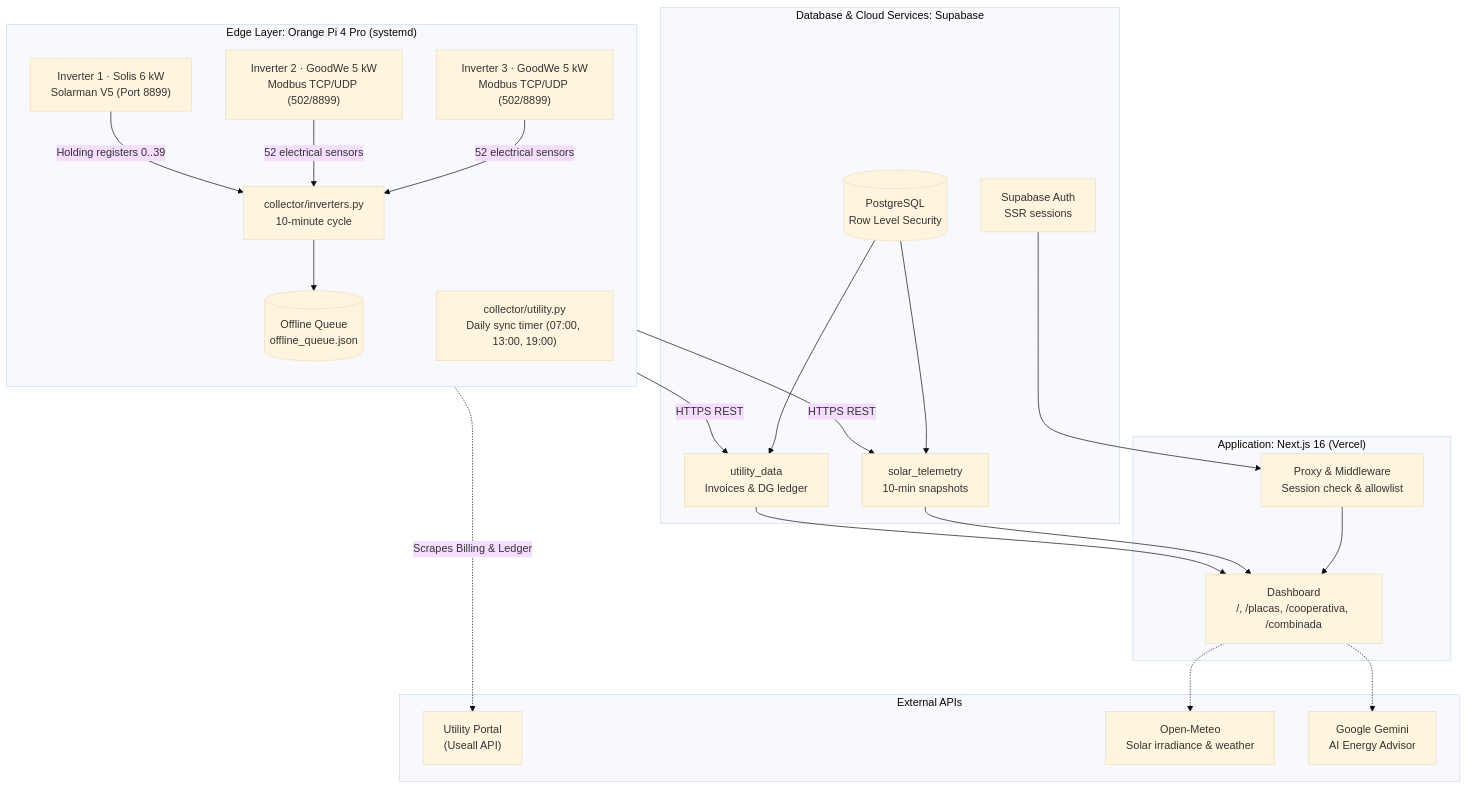
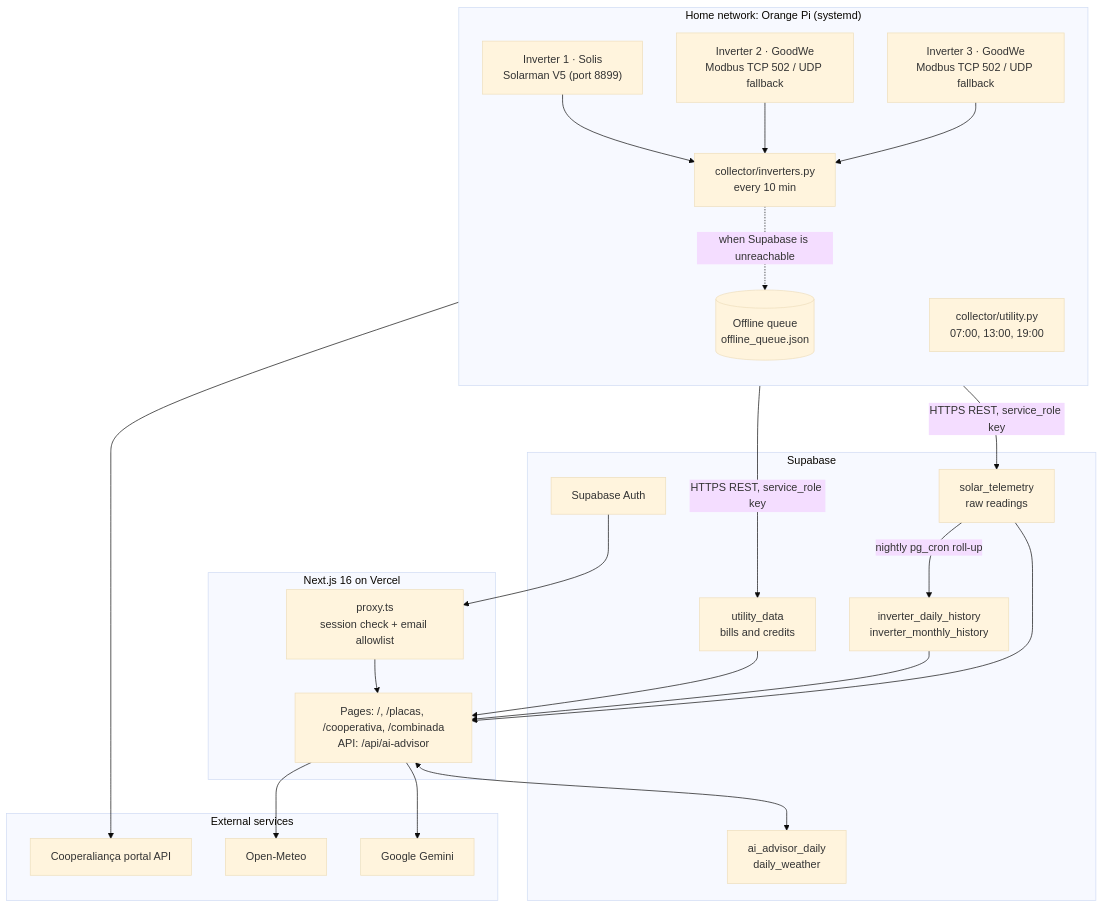
Before and after one commit to DiegoHahn/Solar-hub: the diagram in README.md, drawn with Mermaid (base theme). The commit also changed other lines of this file and 2 other files, not shown here.

````diff
--- a/README.md
+++ b/README.md
@@ -60,50 +56,50 @@
 ```mermaid
 flowchart TB
-    subgraph Edge["Edge Layer: Orange Pi 4 Pro (systemd)"]
+    subgraph Edge["Home network: Orange Pi (systemd)"]
         direction TB
-        INV1["Inverter 1 · Solis 6 kW\nSolarman V5 (Port 8899)"]
-        INV2["Inverter 2 · GoodWe 5 kW\nModbus TCP/UDP (502/8899)"]
-        INV3["Inverter 3 · GoodWe 5 kW\nModbus TCP/UDP (502/8899)"]
+        INV1["Inverter 1 · Solis<br/>Solarman V5 (port 8899)"]
+        INV2["Inverter 2 · GoodWe<br/>Modbus TCP 502 / UDP fallback"]
+        INV3["Inverter 3 · GoodWe<br/>Modbus TCP 502 / UDP fallback"]
 
-        COLLECTOR["collector/inverters.py\n10-minute cycle"]
-        UTILITY["collector/utility.py\nDaily sync timer (07:00, 13:00, 19:00)"]
-        RETRY_QUEUE[("Offline Queue\noffline_queue.json")]
+        COLLECTOR["collector/inverters.py<br/>every 10 min"]
+        UTILITY["collector/utility.py<br/>07:00, 13:00, 19:00"]
+        QUEUE[("Offline queue<br/>offline_queue.json")]
 
-        INV1 -->|Holding registers 0..39| COLLECTOR
-        INV2 -->|52 electrical sensors| COLLECTOR
-        INV3 -->|52 electrical sensors| COLLECTOR
-
-        COLLECTOR --> RETRY_QUEUE
+        INV1 --> COLLECTOR
+        INV2 --> COLLECTOR
+        INV3 --> COLLECTOR
+        COLLECTOR -. "when Supabase is unreachable" .-> QUEUE
     end
 
-    subgraph Cloud["Database & Cloud Services: Supabase"]
-        POSTGRES[("PostgreSQL\nRow Level Security")]
-        TABLE_TEL["solar_telemetry\n10-min snapshots"]
-        TABLE_UTL["utility_data\nInvoices & DG ledger"]
-        AUTH["Supabase Auth\nSSR sessions"]
-
-        POSTGRES --> TABLE_TEL
-        POSTGRES --> TABLE_UTL
+    subgraph Cloud["Supabase"]
+        TABLE_TEL["solar_telemetry<br/>raw readings"]
+        TABLE_HIST["inverter_daily_history<br/>inverter_monthly_history"]
+        TABLE_UTL["utility_data<br/>bills and credits"]
+        TABLE_CACHE["ai_advisor_daily<br/>daily_weather"]
+        AUTH["Supabase Auth"]
+        TABLE_TEL -- "nightly pg_cron roll-up" --> TABLE_HIST
     end
 
-    subgraph External["External APIs"]
-        COOP_API["Utility Portal\n(Useall API)"]
-        OPEN_METEO["Open-Meteo\nSolar irradiance & weather"]
-        GEMINI["Google Gemini\nAI Energy Advisor"]
+    subgraph External["External services"]
+        COOP_API["Cooperaliança portal API"]
+        OPEN_METEO["Open-Meteo"]
+        GEMINI["Google Gemini"]
     end
 
-    subgraph Frontend["Application: Next.js 16 (Vercel)"]
-        DASH["Dashboard\n/, /placas, /cooperativa, /combinada"]
-        PROXY["Proxy & Middleware\nSession check & allowlist"]
+    subgraph Frontend["Next.js 16 on Vercel"]
+        PROXY["proxy.ts<br/>session check + email allowlist"]
+        DASH["Pages: /, /placas, /cooperativa, /combinada<br/>API: /api/ai-advisor"]
     end
 
-    COLLECTOR -->|HTTPS REST| TABLE_TEL
-    UTILITY -->|HTTPS REST| TABLE_UTL
-    UTILITY -.->|Scrapes Billing & Ledger| COOP_API
-    DASH -.-> OPEN_METEO
-    DASH -.-> GEMINI
+    COLLECTOR -->|HTTPS REST, service_role key| TABLE_TEL
+    UTILITY -->|HTTPS REST, service_role key| TABLE_UTL
+    UTILITY --> COOP_API
+    AUTH --> PROXY
     PROXY --> DASH
-    AUTH --> PROXY
     TABLE_TEL --> DASH
+    TABLE_HIST --> DASH
     TABLE_UTL --> DASH
+    DASH <--> TABLE_CACHE
+    DASH --> OPEN_METEO
+    DASH --> GEMINI
 ```
````
